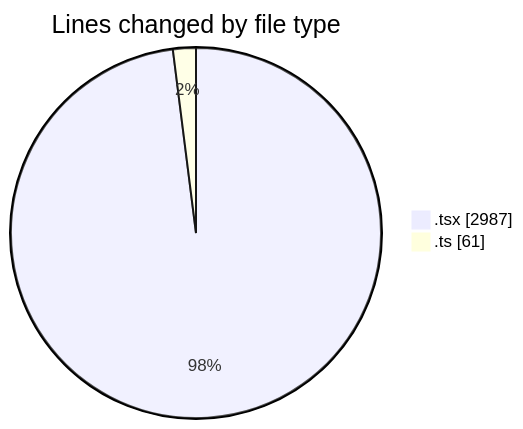
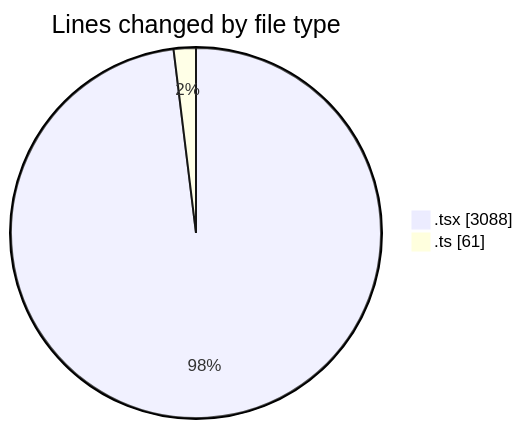
The first of 2 diagrams in 2025-11-18/eventscop-frontend-guide__workspace_/README.md (julien-gomy/code-tracking), drawn with Mermaid before and after one commit. The commit also changed other lines of this file and 1 other file, not shown here.

````diff
--- a/2025-11-18/eventscop-frontend-guide__workspace_/README.md
+++ b/2025-11-18/eventscop-frontend-guide__workspace_/README.md
@@ -39,6 +41,6 @@
 ```mermaid
 pie showData
 title Lines changed by file type
-".tsx" : 2987
+".tsx" : 3088
 ".ts" : 61
 ```
````
